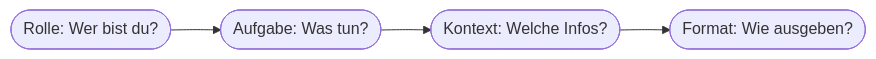
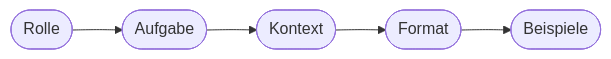
Before and after one commit to Qualidy/Prompt-Engineering-KI-in-der-Arbeitswelt: the first of 2 diagrams in docs/content/kapitel14.md, drawn with Mermaid. The commit also changed other lines of this file and 80 other files, not shown here.

````diff
--- a/docs/content/kapitel14.md
+++ b/docs/content/kapitel14.md
@@ -29,6 +30,4 @@
 ```mermaid
 flowchart LR
-    A([Rolle: Wer bist du?]) --> B([Aufgabe: Was tun?])
-    B --> C([Kontext: Welche Infos?])
-    C --> D([Format: Wie ausgeben?])
+    A([Rolle]) --> B([Aufgabe]) --> C([Kontext]) --> D([Format]) --> E([Beispiele])
 ```
````
